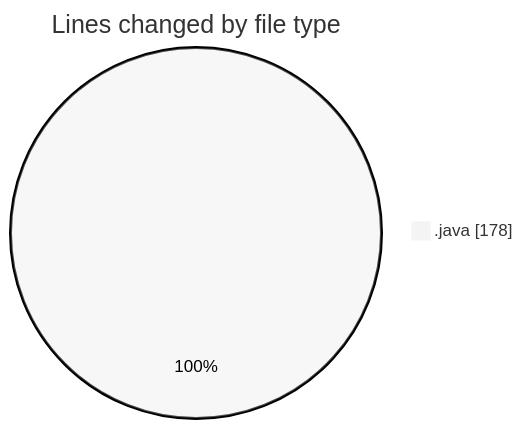
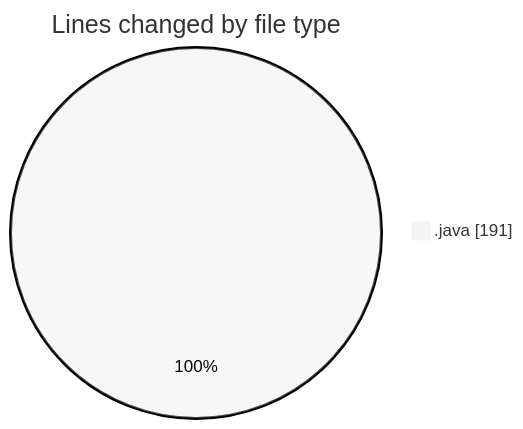
Before and after one commit to NitaiMahat/code-tracking: the first of 2 diagrams in 2025-01-30/java/README.md, drawn with Mermaid (neutral theme). The commit also changed other lines of this file and 1 other file, not shown here.

````diff
--- a/2025-01-30/java/README.md
+++ b/2025-01-30/java/README.md
@@ -20,5 +20,5 @@
 ```mermaid
 pie showData
 title Lines changed by file type
-".java" : 178
+".java" : 191
 ```
````
